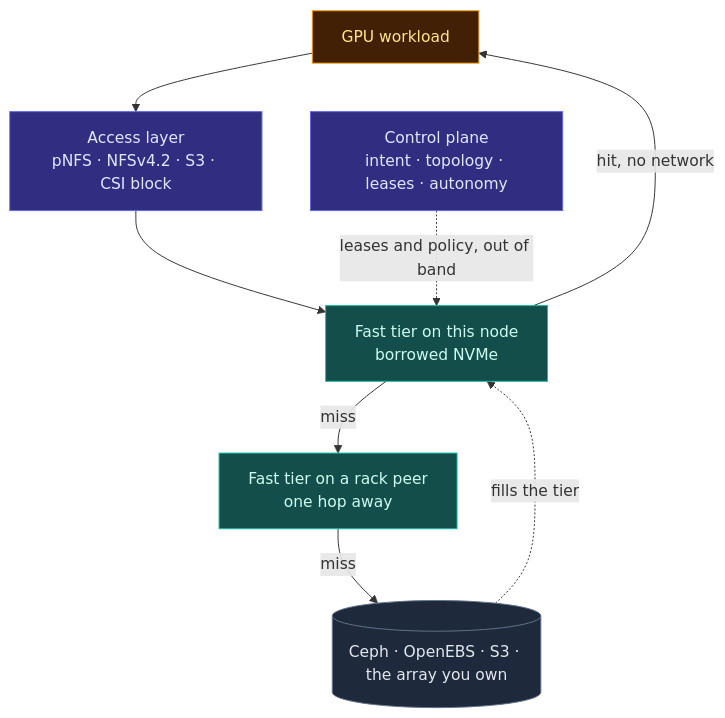
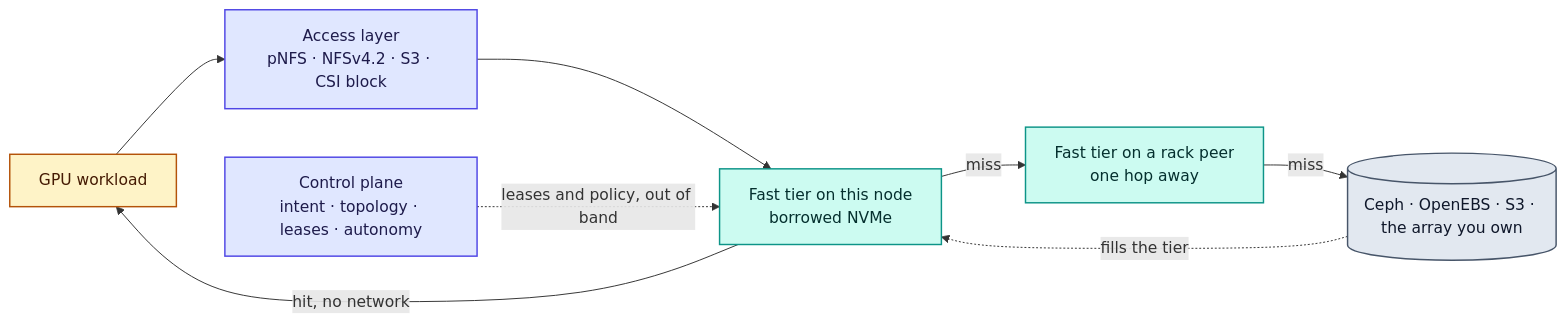
The second of 2 diagrams in README.md (mayur-tolexo/forebay), drawn with Mermaid before and after one commit. The commit also changed other lines of this file and 5 other files, not shown here.

````diff
--- a/README.md
+++ b/README.md
@@ -43,25 +84,25 @@
 ```mermaid
-flowchart TB
+flowchart LR
     job["GPU workload"]
     acc["Access layer<br/>pNFS · NFSv4.2 · S3 · CSI block"]
     localTier["Fast tier on this node<br/>borrowed NVMe"]
     rackTier["Fast tier on a rack peer<br/>one hop away"]
     store[("Ceph · OpenEBS · S3 · the array you own")]
     cp["Control plane<br/>intent · topology · leases · autonomy"]
 
     job --> acc --> localTier
     localTier -->|hit, no network| job
     localTier -->|miss| rackTier
     rackTier -->|miss| store
     store -.->|fills the tier| localTier
     cp -.->|leases and policy, out of band| localTier
 
-    classDef control fill:#312E81,stroke:#6366F1,color:#E0E7FF
-    classDef fast fill:#134E4A,stroke:#14B8A6,color:#CCFBF1
-    classDef durable fill:#1E293B,stroke:#64748B,color:#E2E8F0
-    classDef compute fill:#422006,stroke:#F59E0B,color:#FDE68A
+    classDef control fill:#E0E7FF,stroke:#4F46E5,stroke-width:1.5px,color:#1E1B4B
+    classDef fast fill:#CCFBF1,stroke:#0D9488,stroke-width:1.5px,color:#042F2E
+    classDef durable fill:#E2E8F0,stroke:#475569,stroke-width:1.5px,color:#0F172A
+    classDef compute fill:#FEF3C7,stroke:#B45309,stroke-width:1.5px,color:#451A03
     class cp,acc control
     class localTier,rackTier fast
     class store durable
     class job compute
 ```
````
